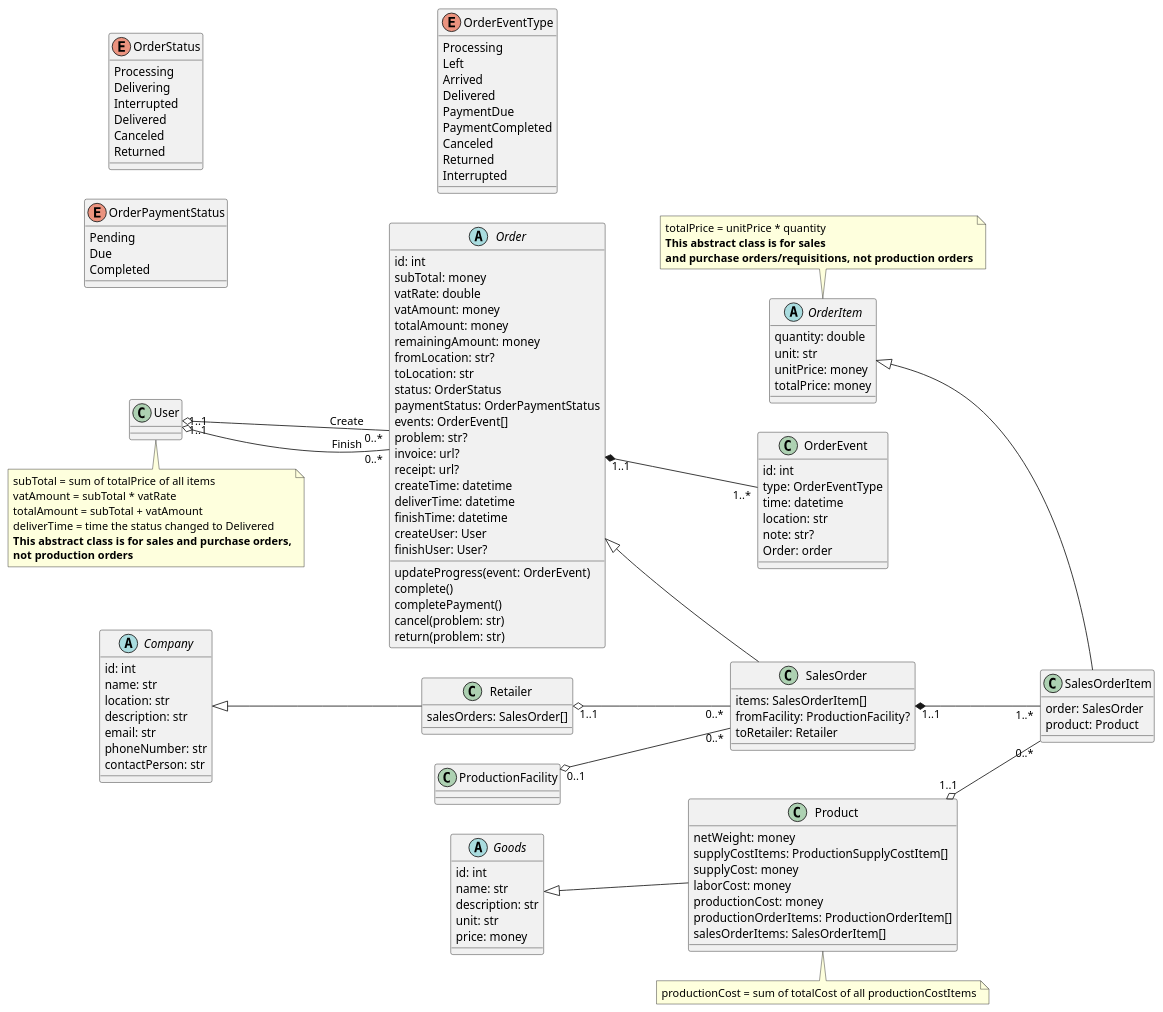
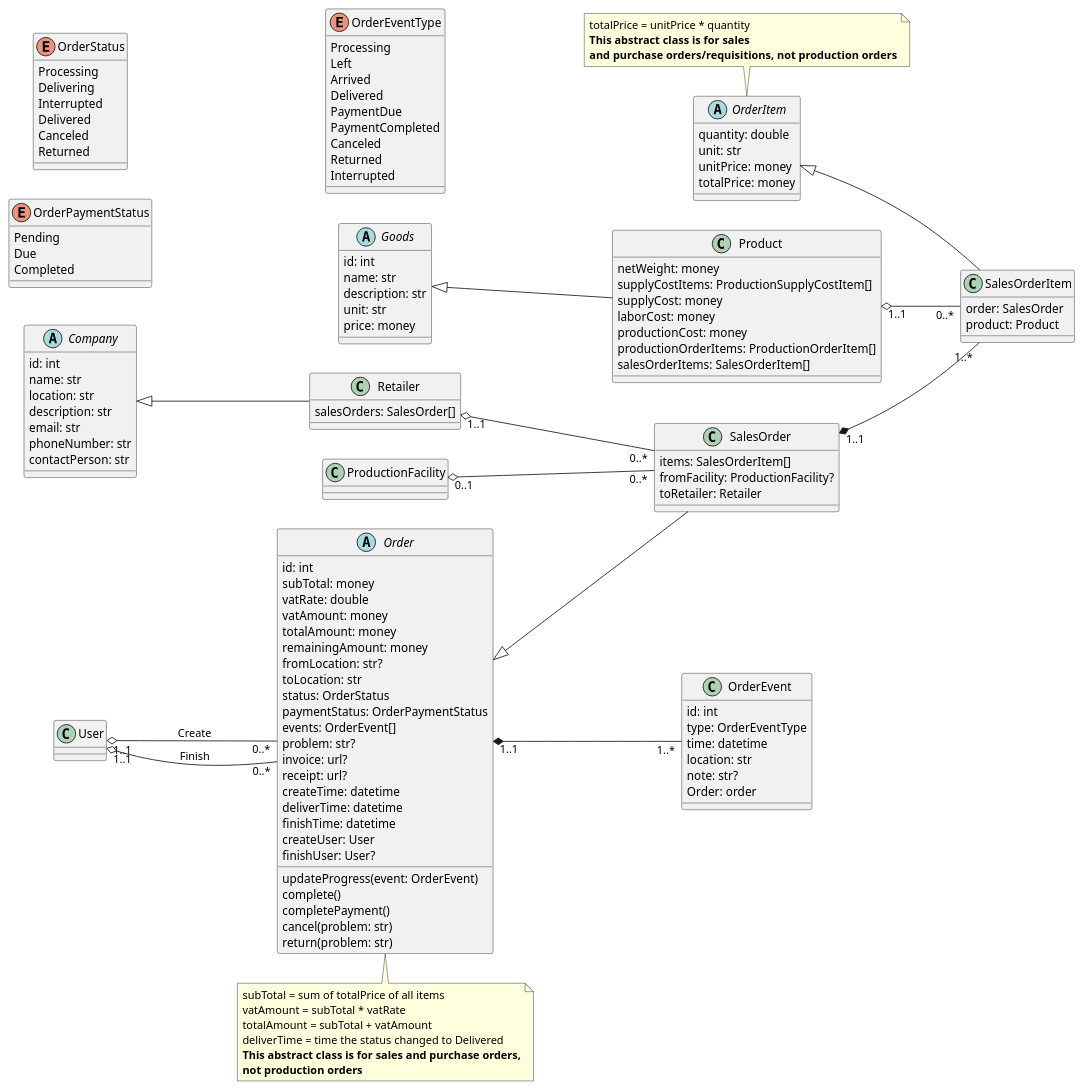
One commit to phihungha/SE357-Practice-class changed the diagram in Lab1/Lab1.2/classes/sales.plantuml. Above: the diagram before and after it, drawn with PlantUML. The commit also changed 5 other files, not shown here.

```diff
--- a/Lab1/Lab1.2/classes/sales.plantuml
+++ b/Lab1/Lab1.2/classes/sales.plantuml
@@ -1,141 +1,140 @@
 @startuml sales
 left to right direction
 
 abstract Company {
     id: int
     name: str
     location: str
     description: str
     email: str
     phoneNumber: str
     contactPerson: str
 }
 
 class Retailer {
     salesOrders: SalesOrder[]
 }
 Company <|-- Retailer
 
 abstract Goods {
     id: int
     name: str
     description: str
     unit: str
     price: money
 }
 
 class Product {
     netWeight: money
     supplyCostItems: ProductionSupplyCostItem[]
     supplyCost: money
     laborCost: money
     productionCost: money
     productionOrderItems: ProductionOrderItem[]
     salesOrderItems: SalesOrderItem[]
 }
 Goods <|-- Product
-note bottom: productionCost = sum of totalCost of all productionCostItems
 
 enum OrderStatus {
     Processing
     Delivering
     Interrupted
     Delivered
     Canceled
     Returned
 }
 
 enum OrderPaymentStatus {
     Pending
     Due
     Completed
 }
 
 abstract Order {
     id: int
     subTotal: money
     vatRate: double
     vatAmount: money
     totalAmount: money
     remainingAmount: money
     fromLocation: str?
     toLocation: str
     status: OrderStatus
     paymentStatus: OrderPaymentStatus
     events: OrderEvent[]
     problem: str?
     invoice: url?
     receipt: url?
     createTime: datetime
     deliverTime: datetime
     finishTime: datetime
     createUser: User
     finishUser: User?
     updateProgress(event: OrderEvent)
     complete()
     completePayment()
     cancel(problem: str)
     return(problem: str)
 }
-User "1..1" o-- "0..*" Order : Create
-User "1..1" o-- "0..*" Order : Finish
 note bottom
     subTotal = sum of totalPrice of all items
     vatAmount = subTotal * vatRate
     totalAmount = subTotal + vatAmount
     deliverTime = time the status changed to Delivered
     <b>This abstract class is for sales and purchase orders,
     <b>not production orders
 endnote
+User "1..1" o-- "0..*" Order : Create
+User "1..1" o-- "0..*" Order : Finish
 
 abstract OrderItem {
     quantity: double
     unit: str
     unitPrice: money
     totalPrice: money
 }
 note top
     totalPrice = unitPrice * quantity
     <b>This abstract class is for sales
     <b>and purchase orders/requisitions, not production orders
 endnote
 
 enum OrderEventType {
     Processing
     Left
     Arrived
     Delivered
     PaymentDue
     PaymentCompleted
     Canceled
     Returned
     Interrupted
 }
 
 class OrderEvent {
     id: int
     type: OrderEventType
     time: datetime
     location: str
     note: str?
     Order: order
 }
 Order "1..1" *-- "1..*" OrderEvent
 
 class SalesOrder {
     items: SalesOrderItem[]
     fromFacility: ProductionFacility?
     toRetailer: Retailer
 }
 Order <|-- SalesOrder
 Retailer "1..1" o-- "0..*" SalesOrder
 ProductionFacility "0..1" o-- "0..*" SalesOrder
 
 class SalesOrderItem {
     order: SalesOrder
     product: Product
 }
 OrderItem <|-- SalesOrderItem
 SalesOrder "1..1" *-- "1..*" SalesOrderItem
 Product "1..1" o-- "0..*" SalesOrderItem
 @enduml
```
